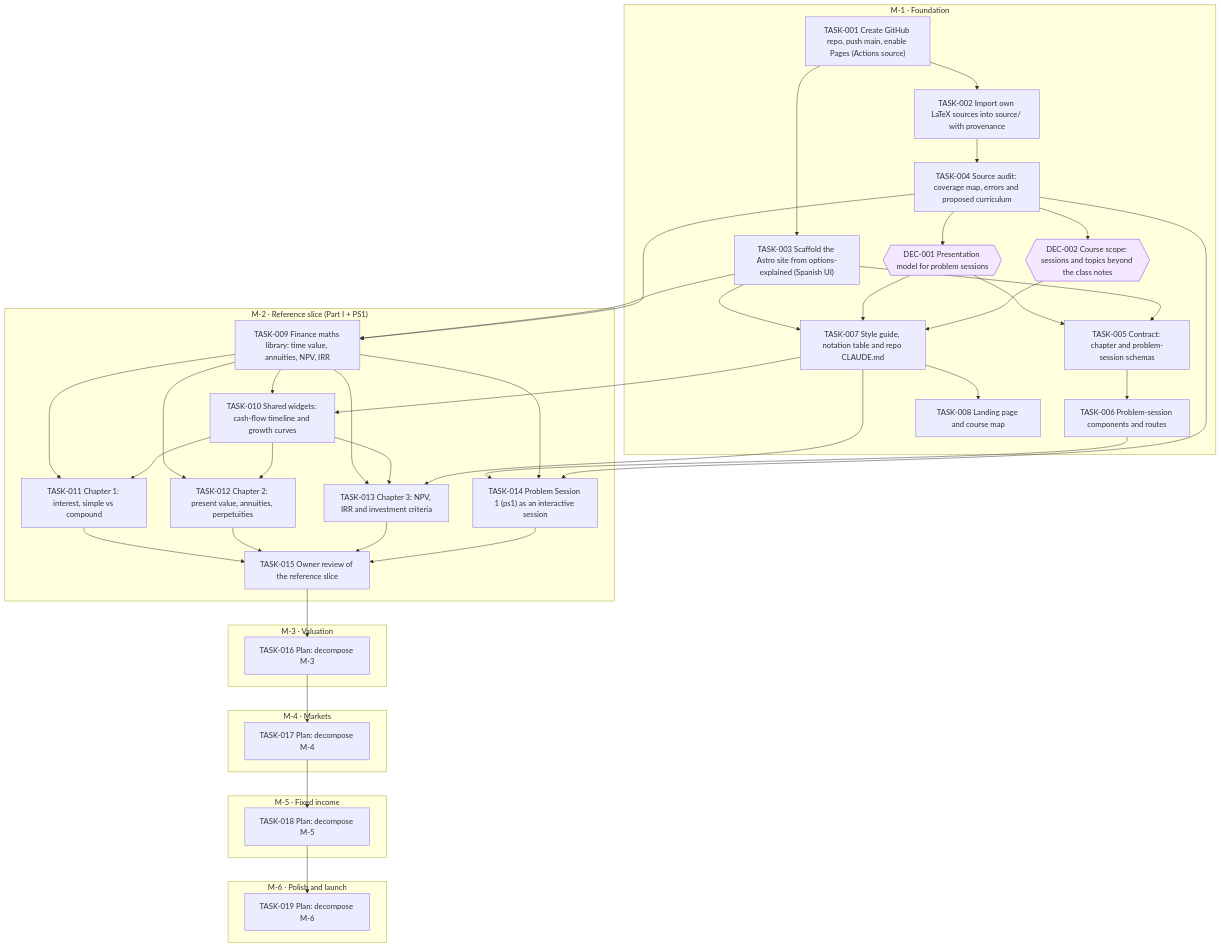
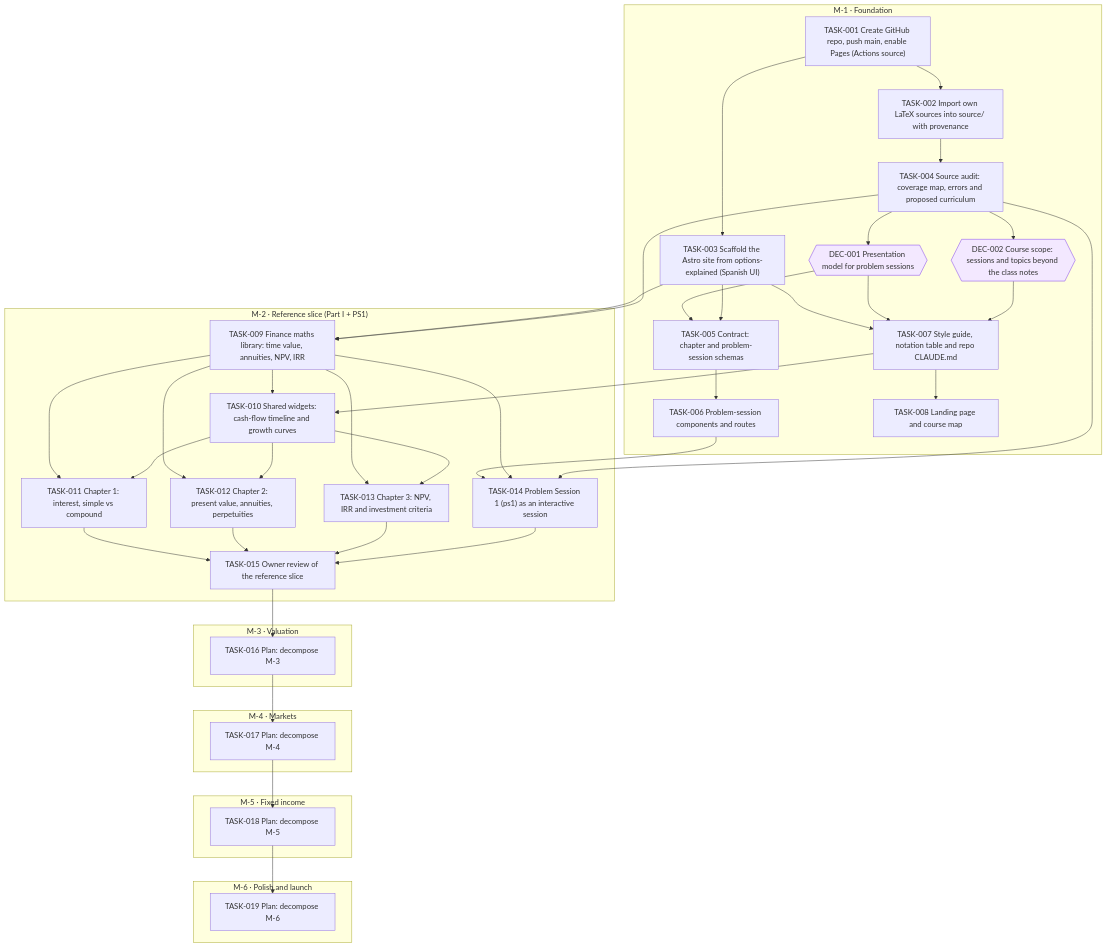
One commit to jesusvillota/economia-financiera changed the diagram in goals/course-site/README.md. Above: the diagram before and after it, drawn with Mermaid. The commit also changed 1 other file, not shown here.

Commit message:
goal(course-site): unlink TASK-013 after TASK-007

````diff
--- a/goals/course-site/README.md
+++ b/goals/course-site/README.md
@@ -19,75 +19,74 @@
 ```mermaid
 flowchart TD
   subgraph M_1["M-1 · Foundation"]
     DEC_001{{"DEC-001 Presentation model for problem sessions"}}
     DEC_002{{"DEC-002 Course scope: sessions and topics beyond the class notes"}}
     TASK_001["TASK-001 Create GitHub repo, push main, enable Pages (Actions source)"]
     TASK_002["TASK-002 Import own LaTeX sources into source/ with provenance"]
     TASK_003["TASK-003 Scaffold the Astro site from options-explained (Spanish UI)"]
     TASK_004["TASK-004 Source audit: coverage map, errors and proposed curriculum"]
     TASK_005["TASK-005 Contract: chapter and problem-session schemas"]
     TASK_006["TASK-006 Problem-session components and routes"]
     TASK_007["TASK-007 Style guide, notation table and repo CLAUDE.md"]
     TASK_008["TASK-008 Landing page and course map"]
   end
   subgraph M_2["M-2 · Reference slice (Part I + PS1)"]
     TASK_009["TASK-009 Finance maths library: time value, annuities, NPV, IRR"]
     TASK_010["TASK-010 Shared widgets: cash-flow timeline and growth curves"]
     TASK_011["TASK-011 Chapter 1: interest, simple vs compound"]
     TASK_012["TASK-012 Chapter 2: present value, annuities, perpetuities"]
     TASK_013["TASK-013 Chapter 3: NPV, IRR and investment criteria"]
     TASK_014["TASK-014 Problem Session 1 (ps1) as an interactive session"]
     TASK_015["TASK-015 Owner review of the reference slice"]
   end
   subgraph M_3["M-3 · Valuation"]
     TASK_016["TASK-016 Plan: decompose M-3"]
   end
   subgraph M_4["M-4 · Markets"]
     TASK_017["TASK-017 Plan: decompose M-4"]
   end
   subgraph M_5["M-5 · Fixed income"]
     TASK_018["TASK-018 Plan: decompose M-5"]
   end
   subgraph M_6["M-6 · Polish and launch"]
     TASK_019["TASK-019 Plan: decompose M-6"]
   end
   TASK_004 --> DEC_001
   TASK_004 --> DEC_002
   TASK_001 --> TASK_002
   TASK_001 --> TASK_003
   TASK_002 --> TASK_004
   DEC_001 --> TASK_005
   TASK_003 --> TASK_005
   TASK_005 --> TASK_006
   TASK_003 --> TASK_007
   DEC_001 --> TASK_007
   DEC_002 --> TASK_007
   TASK_007 --> TASK_008
   TASK_003 --> TASK_009
   TASK_004 --> TASK_009
   TASK_007 --> TASK_010
   TASK_009 --> TASK_010
   TASK_009 --> TASK_011
   TASK_010 --> TASK_011
   TASK_009 --> TASK_012
   TASK_010 --> TASK_012
   TASK_009 --> TASK_013
   TASK_010 --> TASK_013
-  TASK_007 --> TASK_013
   TASK_006 --> TASK_014
   TASK_009 --> TASK_014
   TASK_004 --> TASK_014
   TASK_011 --> TASK_015
   TASK_012 --> TASK_015
   TASK_013 --> TASK_015
   TASK_014 --> TASK_015
   TASK_015 --> TASK_016
   TASK_016 --> TASK_017
   TASK_017 --> TASK_018
   TASK_018 --> TASK_019
   classDef draft stroke-dasharray: 4 3
   classDef cancelled opacity:0.45
   classDef decision fill:#f3e8ff,stroke:#7c3aed
   class DEC_001 decision
   class DEC_002 decision
 ```
````
